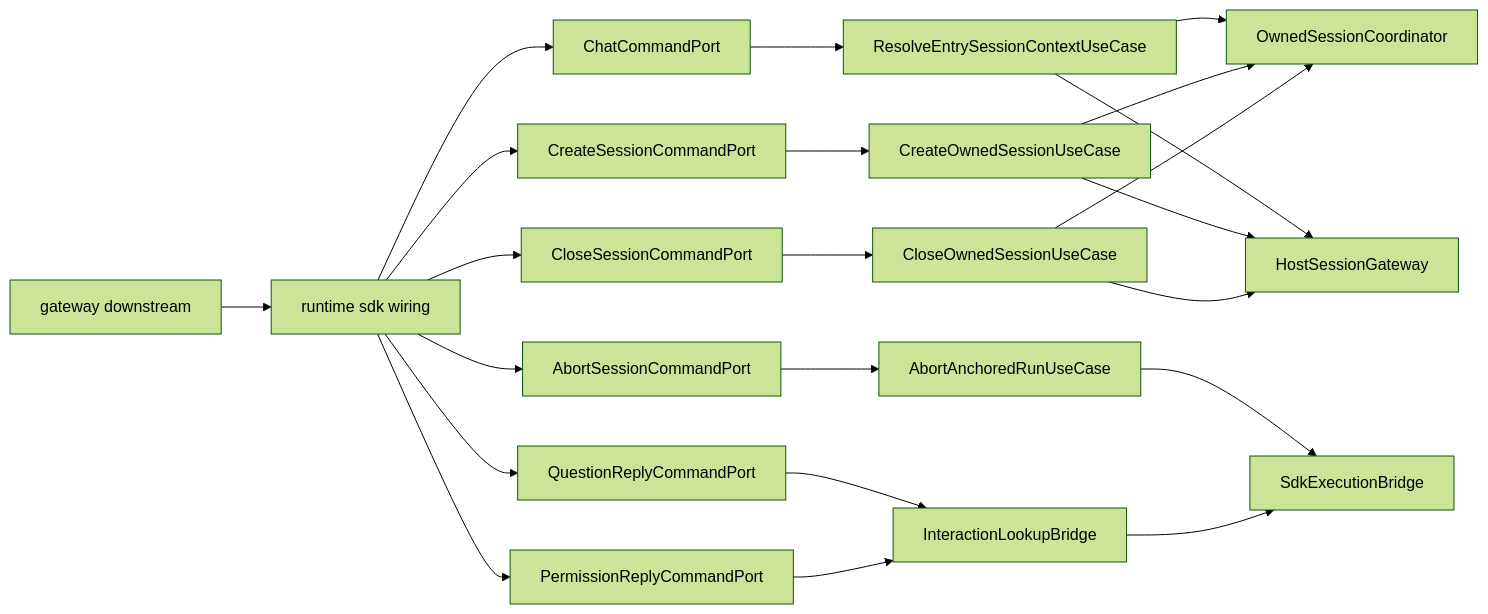
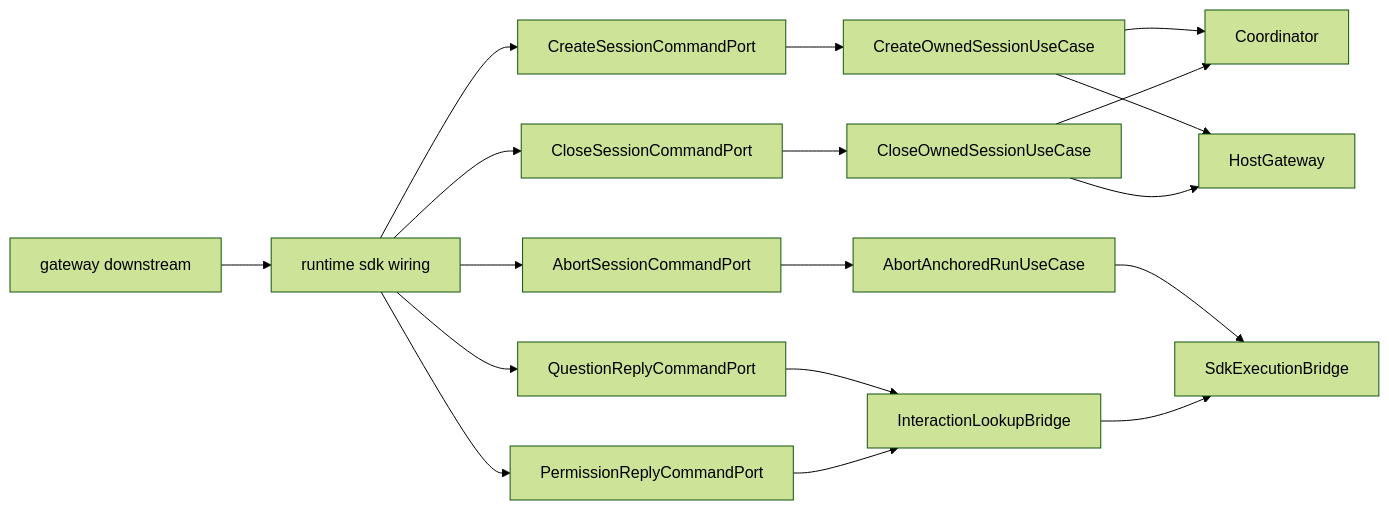
One commit to yuzhangCZ/agent-plugin changed the second of 3 diagrams in plugins/message-bridge/docs/design/interfaces/opencode-session-isolation-control-plane-contract.md. Above: the diagram before and after it, drawn with Mermaid (forest theme). The commit also changed other lines of this file and 39 other files, not shown here.

````diff
--- a/plugins/message-bridge/docs/design/interfaces/opencode-session-isolation-control-plane-contract.md
+++ b/plugins/message-bridge/docs/design/interfaces/opencode-session-isolation-control-plane-contract.md
@@ -274,27 +275,23 @@
 ```mermaid
 flowchart LR
   Gateway["gateway downstream"] --> Runtime["runtime sdk wiring"]
-  Runtime --> ChatPort["ChatCommandPort"]
   Runtime --> CreatePort["CreateSessionCommandPort"]
   Runtime --> ClosePort["CloseSessionCommandPort"]
   Runtime --> AbortPort["AbortSessionCommandPort"]
   Runtime --> QuestionPort["QuestionReplyCommandPort"]
   Runtime --> PermissionPort["PermissionReplyCommandPort"]
 
-  ChatPort --> ResolveCtx["ResolveEntrySessionContextUseCase"]
   CreatePort --> CreateOwned["CreateOwnedSessionUseCase"]
   ClosePort --> CloseOwned["CloseOwnedSessionUseCase"]
   AbortPort --> AbortRun["AbortAnchoredRunUseCase"]
   QuestionPort --> LookupBridge["InteractionLookupBridge"]
   PermissionPort --> LookupBridge
 
-  ResolveCtx --> Coordinator["OwnedSessionCoordinator"]
   CreateOwned --> Coordinator
   CloseOwned --> Coordinator
 
-  ResolveCtx --> HostGateway["HostSessionGateway"]
   CreateOwned --> HostGateway
   CloseOwned --> HostGateway
   AbortRun --> SdkBridge["SdkExecutionBridge"]
   LookupBridge --> SdkBridge
 ```
````
